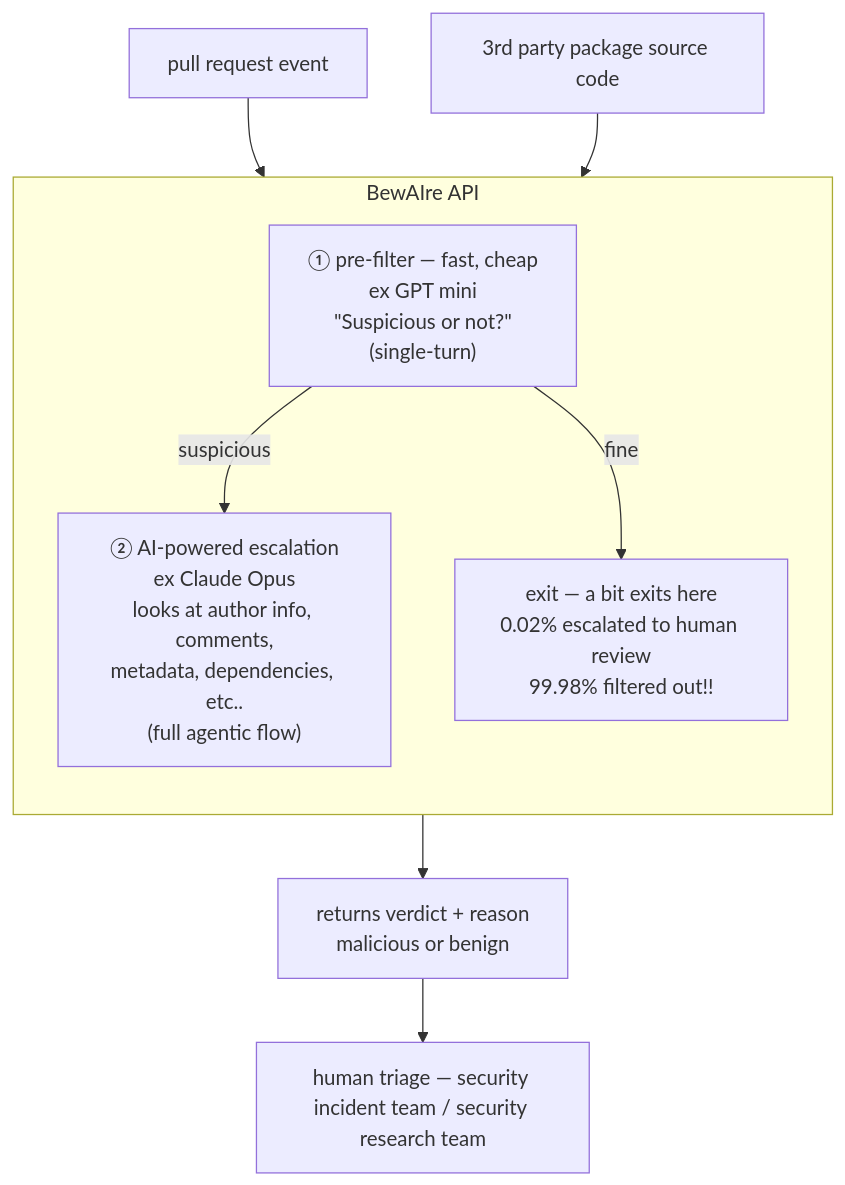
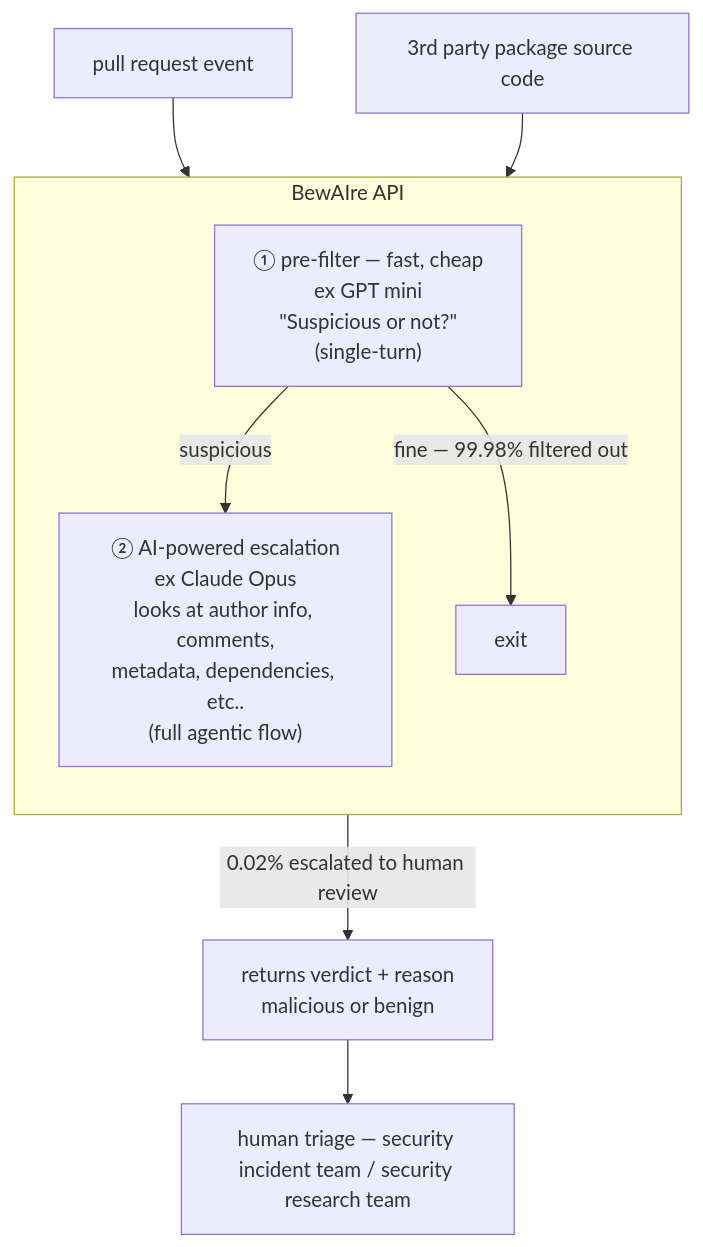
Before and after one commit to wiggitywhitney/board-notes: the diagram in datadog-illuminated/07-how-datadog-detects-malicious-code-at-scale/notes.md, drawn with Mermaid. The commit also changed other lines of this file, not shown here.

Commit message:
fix: correct board transcript formatting for datadog-illuminated 07-how-datadog-detects-malicious-code-at-scale

````diff
--- a/datadog-illuminated/07-how-datadog-detects-malicious-code-at-scale/notes.md
+++ b/datadog-illuminated/07-how-datadog-detects-malicious-code-at-scale/notes.md
@@ -17,14 +16,14 @@
 ```mermaid
 flowchart TD
     PR["pull request event"] --> API
     PKG["3rd party package source code"] --> API
     subgraph API["BewAIre API"]
         direction TB
         F["① pre-filter — fast, cheap<br/>ex GPT mini<br/>&quot;Suspicious or not?&quot;<br/>(single-turn)"]
         E["② AI-powered escalation<br/>ex Claude Opus<br/>looks at author info, comments,<br/>metadata, dependencies, etc..<br/>(full agentic flow)"]
         F -- suspicious --> E
-        F -- fine --> EXIT["exit — a bit exits here<br/>0.02% escalated to human review<br/>99.98% filtered out!!"]
+        F -- "fine — 99.98% filtered out" --> EXIT["exit"]
     end
-    E --> V["returns verdict + reason<br/>malicious or benign"]
+    E -- "0.02% escalated to human review" --> V["returns verdict + reason<br/>malicious or benign"]
     V --> H["human triage — security incident team / security research team"]
 ```
````
